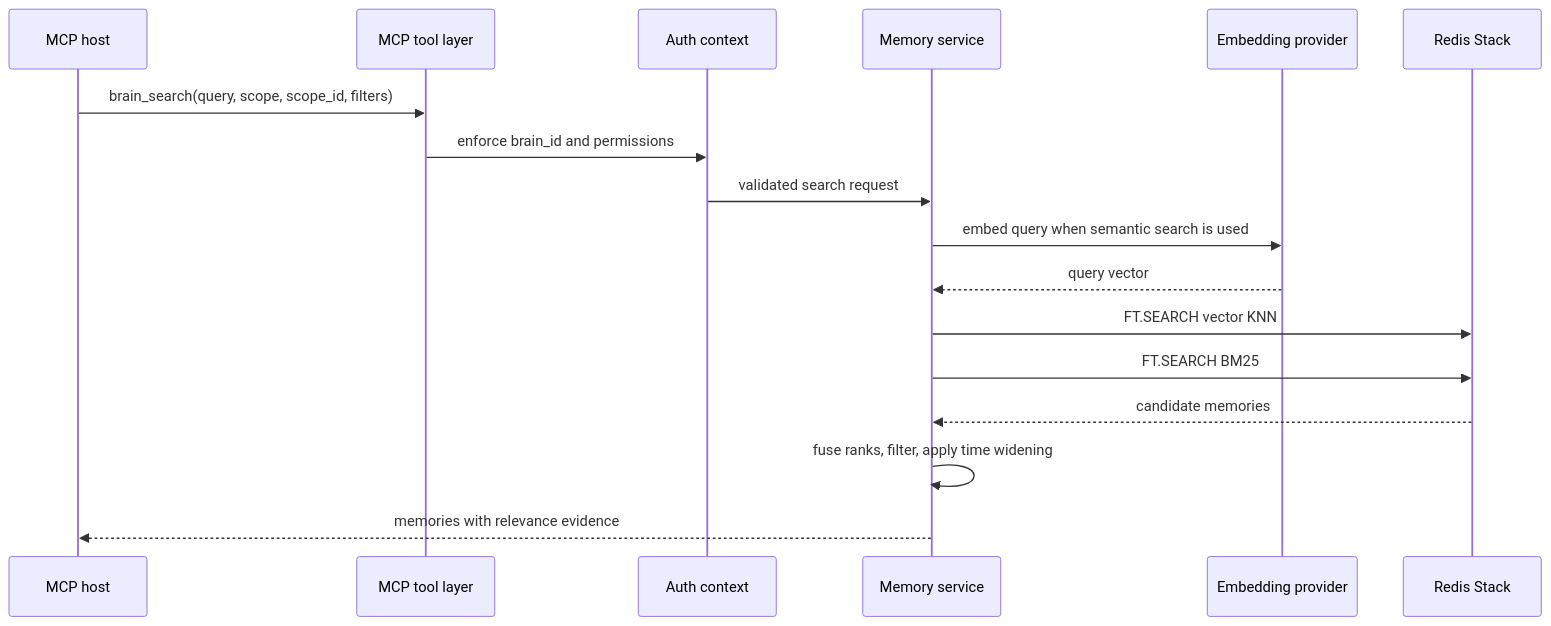
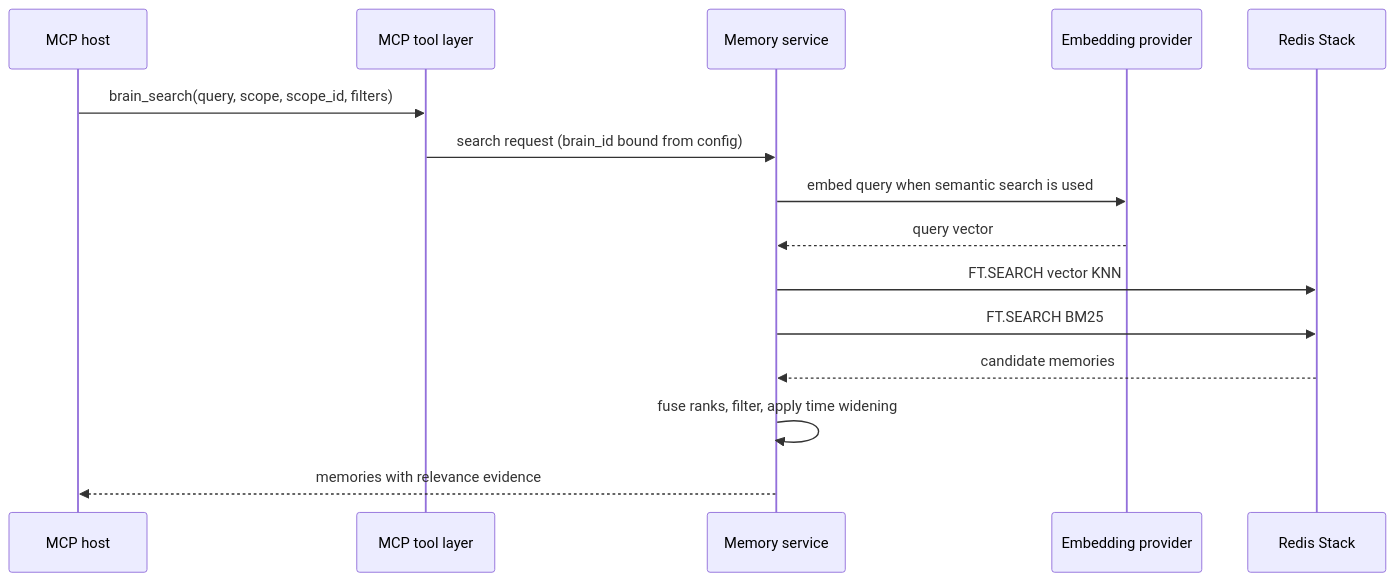
One commit to Flowerf19/another-brain changed the third of 4 diagrams in .agents/plans/01-architecture-foundation.md. Above: the diagram before and after it, drawn with Mermaid. The commit also changed other lines of this file and 17 other files, not shown here.

First line of the commit message:
Refactor Another Brain architecture and tools

````diff
--- a/.agents/plans/01-architecture-foundation.md
+++ b/.agents/plans/01-architecture-foundation.md
@@ -142,20 +138,18 @@
 ```mermaid
 sequenceDiagram
     participant Host as MCP host
     participant MCP as MCP tool layer
-    participant Auth as Auth context
     participant Svc as Memory service
     participant Embed as Embedding provider
     participant Redis as Redis Stack
 
     Host->>MCP: brain_search(query, scope, scope_id, filters)
-    MCP->>Auth: enforce brain_id and permissions
-    Auth->>Svc: validated search request
+    MCP->>Svc: search request (brain_id bound from config)
     Svc->>Embed: embed query when semantic search is used
     Embed-->>Svc: query vector
     Svc->>Redis: FT.SEARCH vector KNN
     Svc->>Redis: FT.SEARCH BM25
     Redis-->>Svc: candidate memories
     Svc->>Svc: fuse ranks, filter, apply time widening
     Svc-->>Host: memories with relevance evidence
 ```
````
